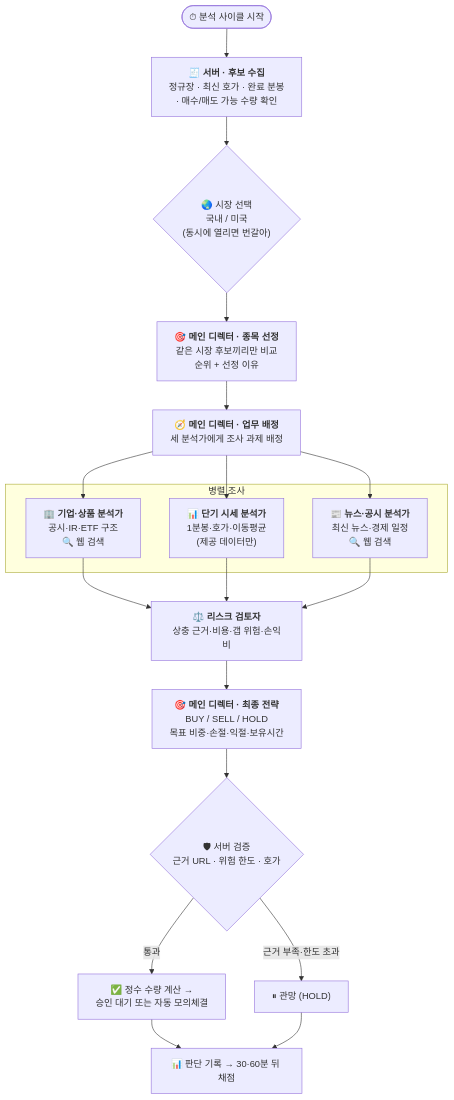
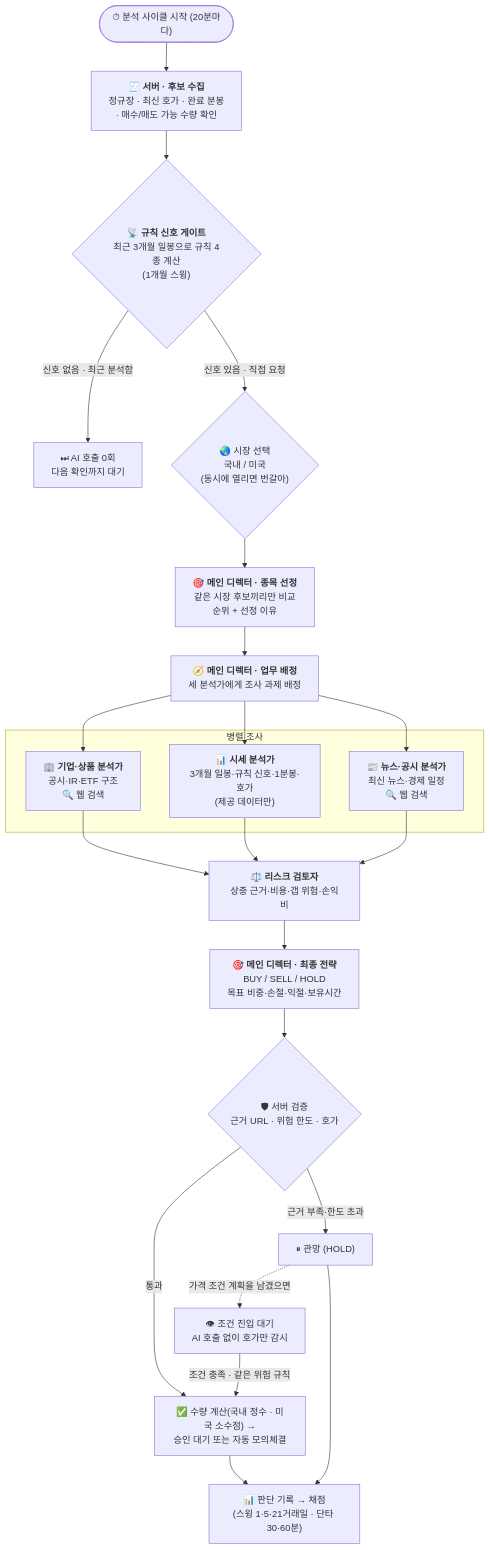
One commit to eshir0/stock-lab changed the second of 10 diagrams in README.md. Above: the diagram before and after it, drawn with Mermaid. The commit also changed other lines of this file and 12 other files, not shown here.

````diff
--- a/README.md
+++ b/README.md
@@ -146,20 +153,24 @@
 ```mermaid
 flowchart TD
-    S(["⏱ 분석 사이클 시작"]) --> CAND["🧾 <b>서버 · 후보 수집</b><br/>정규장 · 최신 호가 · 완료 분봉<br/>· 매수/매도 가능 수량 확인"]
-    CAND --> MK{"🌏 시장 선택<br/>국내 / 미국<br/>(동시에 열리면 번갈아)"}
+    S(["⏱ 분석 사이클 시작 (20분마다)"]) --> CAND["🧾 <b>서버 · 후보 수집</b><br/>정규장 · 최신 호가 · 완료 분봉<br/>· 매수/매도 가능 수량 확인"]
+    CAND --> GT{"📡 <b>규칙 신호 게이트</b><br/>최근 3개월 일봉으로 규칙 4종 계산<br/>(1개월 스윙)"}
+    GT -->|"신호 없음 · 최근 분석함"| SKIP["⏭ AI 호출 0회<br/>다음 확인까지 대기"]
+    GT -->|"신호 있음 · 직접 요청"| MK{"🌏 시장 선택<br/>국내 / 미국<br/>(동시에 열리면 번갈아)"}
     MK --> SEL["🎯 <b>메인 디렉터 · 종목 선정</b><br/>같은 시장 후보끼리만 비교<br/>순위 + 선정 이유"]
     SEL --> PL
     PL["🧭 <b>메인 디렉터 · 업무 배정</b><br/>세 분석가에게 조사 과제 배정"]
     PL --> F & T & N
     subgraph PAR["병렬 조사"]
         F["🏢 <b>기업·상품 분석가</b><br/>공시·IR·ETF 구조<br/>🔍 웹 검색"]
-        T["📊 <b>단기 시세 분석가</b><br/>1분봉·호가·이동평균<br/>(제공 데이터만)"]
+        T["📊 <b>시세 분석가</b><br/>3개월 일봉·규칙 신호·1분봉·호가<br/>(제공 데이터만)"]
         N["📰 <b>뉴스·공시 분석가</b><br/>최신 뉴스·경제 일정<br/>🔍 웹 검색"]
     end
     F & T & N --> C["⚖️ <b>리스크 검토자</b><br/>상충 근거·비용·갭 위험·손익비"]
     C --> D["🎯 <b>메인 디렉터 · 최종 전략</b><br/>BUY / SELL / HOLD<br/>목표 비중·손절·익절·보유시간"]
     D --> V{"🛡 서버 검증<br/>근거 URL · 위험 한도 · 호가"}
-    V -->|통과| O["✅ 정수 수량 계산 →<br/>승인 대기 또는 자동 모의체결"]
+    V -->|통과| O["✅ 수량 계산(국내 정수 · 미국 소수점) →<br/>승인 대기 또는 자동 모의체결"]
     V -->|근거 부족·한도 초과| H["⏸ 관망 (HOLD)"]
-    O & H --> EV["📊 판단 기록 → 30·60분 뒤 채점"]
+    O & H --> EV["📊 판단 기록 → 채점<br/>(스윙 1·5·21거래일 · 단타 30·60분)"]
+    H -.->|"가격 조건 계획을 남겼으면"| WT["👁 조건 진입 대기<br/>AI 호출 없이 호가만 감시"]
+    WT -->|"조건 충족 · 같은 위험 규칙"| O
 ```
````
